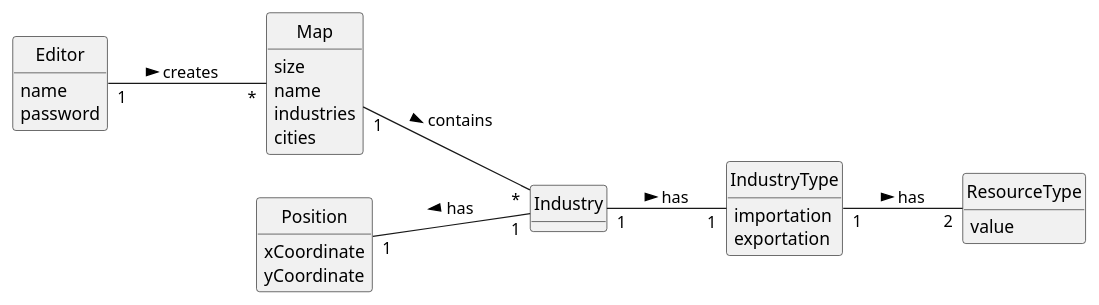
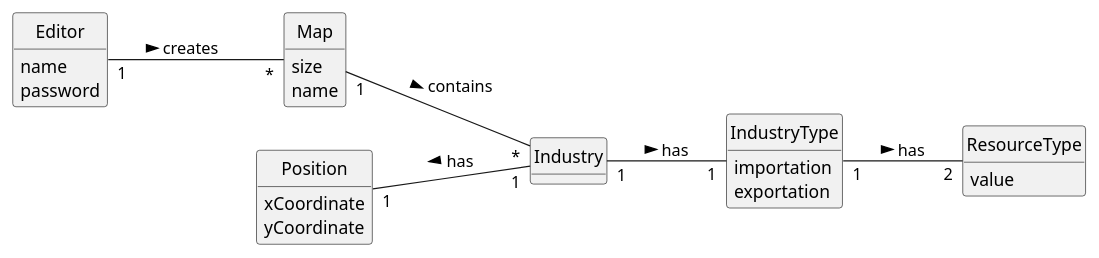
The diagram in Sprint2/US002/02.analysis/puml/US002-DM.puml (1240935/pi2-railway-simulator), drawn with PlantUML before and after one commit. The commit also changed 7 other files, not shown here.

```diff
--- a/Sprint2/US002/02.analysis/puml/US002-DM.puml
+++ b/Sprint2/US002/02.analysis/puml/US002-DM.puml
@@ -1,48 +1,46 @@
 @startuml
 skinparam monochrome true
 skinparam packageStyle rectangle
 skinparam shadowing false
 'skinparam linetype ortho
 'left to right direction
 skinparam classAttributeIconSize 0
 hide circle
 hide methods
 
 left to right direction
 
 class Editor {
     name
     password
 }
 
 class Map {
     size
     name
-    industries
-    cities
 }
 
 class Industry {
 }
 
 class IndustryType{
     importation
     exportation
 }
 
 class Position{
     xCoordinate
     yCoordinate
 }
 
 class ResourceType{
     value
 }
 
 Editor "1" -- "*" Map: creates >
 Map "1" -- "*" Industry: contains >
 Position "1" -- "1" Industry: has <
 Industry "1" -- "1" IndustryType: has >
 IndustryType "1" -- "2" ResourceType : has >
 
 @enduml
```
